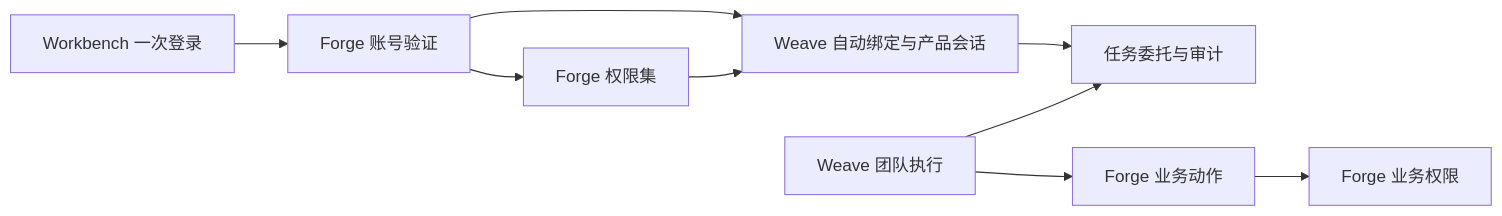
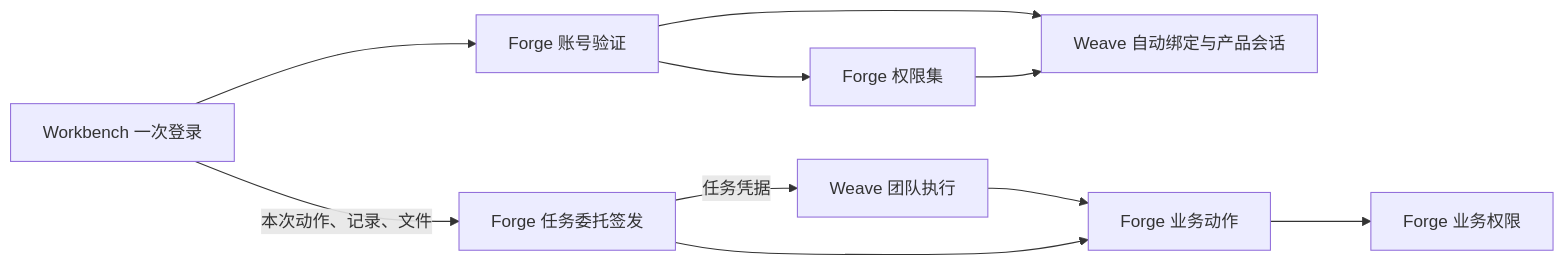
Before and after one commit to jinyitao123/weave-workbench: the diagram in docs/architecture/接入与权限边界.md, drawn with Mermaid. The commit also changed other lines of this file and 15 other files, not shown here.

````diff
--- a/docs/architecture/接入与权限边界.md
+++ b/docs/architecture/接入与权限边界.md
@@ -31,11 +31,12 @@
 ```mermaid
 flowchart LR
     D[Workbench 一次登录] --> FID[Forge 账号验证]
     FID --> A[Weave 自动绑定与产品会话]
     FID --> R[Forge 权限集]
     R --> A
-    A --> G[任务委托与审计]
-    W[Weave 团队执行] --> G
+    D -->|本次动作、记录、文件| TD[Forge 任务委托签发]
+    TD -->|任务凭据| W[Weave 团队执行]
     W --> F[Forge 业务动作]
+    TD --> F
     F --> B[Forge 业务权限]
 ```
````
